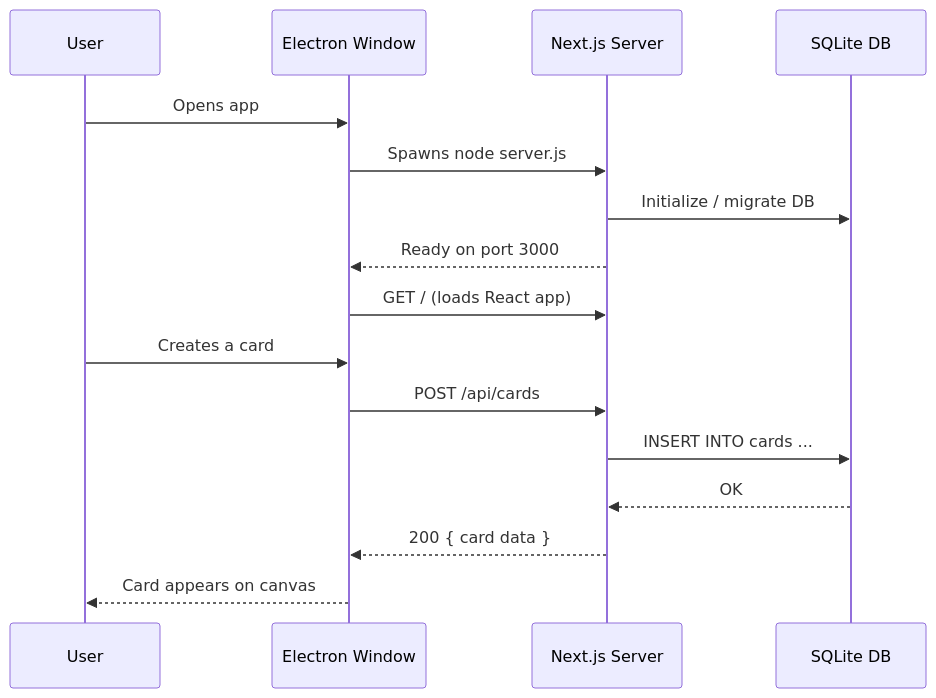
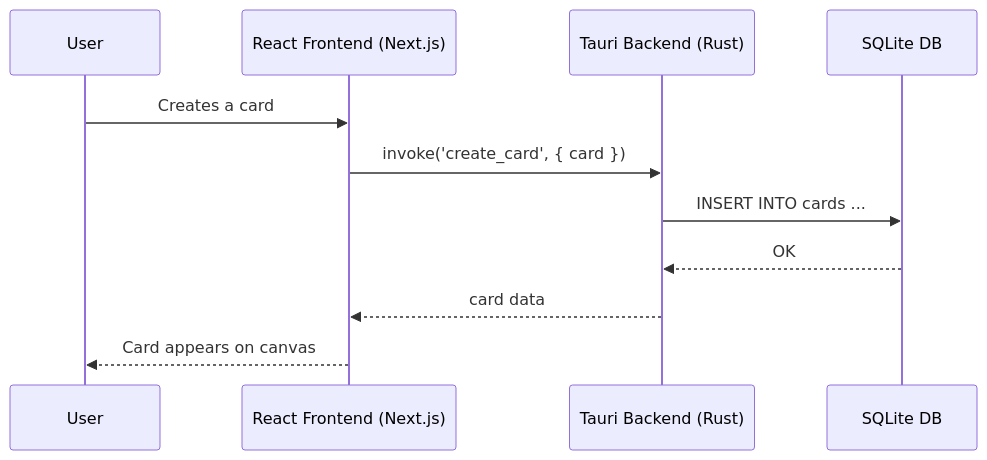
One commit to manimrc/cardcanvas-desktop changed the diagram in GUIDE.md. Above: the diagram before and after it, drawn with Mermaid. The commit also changed other lines of this file and 7 other files, not shown here.

````diff
--- a/GUIDE.md
+++ b/GUIDE.md
@@ -491,19 +151,14 @@
 ```mermaid
 sequenceDiagram
     participant U as User
-    participant E as Electron Window
-    participant S as Next.js Server
+    participant F as React Frontend (Next.js)
+    participant T as Tauri Backend (Rust)
     participant D as SQLite DB
 
-    U->>E: Opens app
-    E->>S: Spawns node server.js
-    S->>D: Initialize / migrate DB
-    S-->>E: Ready on port 3000
-    E->>S: GET / (loads React app)
-    U->>E: Creates a card
-    E->>S: POST /api/cards
-    S->>D: INSERT INTO cards ...
-    D-->>S: OK
-    S-->>E: 200 { card data }
-    E-->>U: Card appears on canvas
+    U->>F: Creates a card
+    F->>T: invoke('create_card', { card })
+    T->>D: INSERT INTO cards ...
+    D-->>T: OK
+    T-->>F: card data
+    F-->>U: Card appears on canvas
 ```
````
